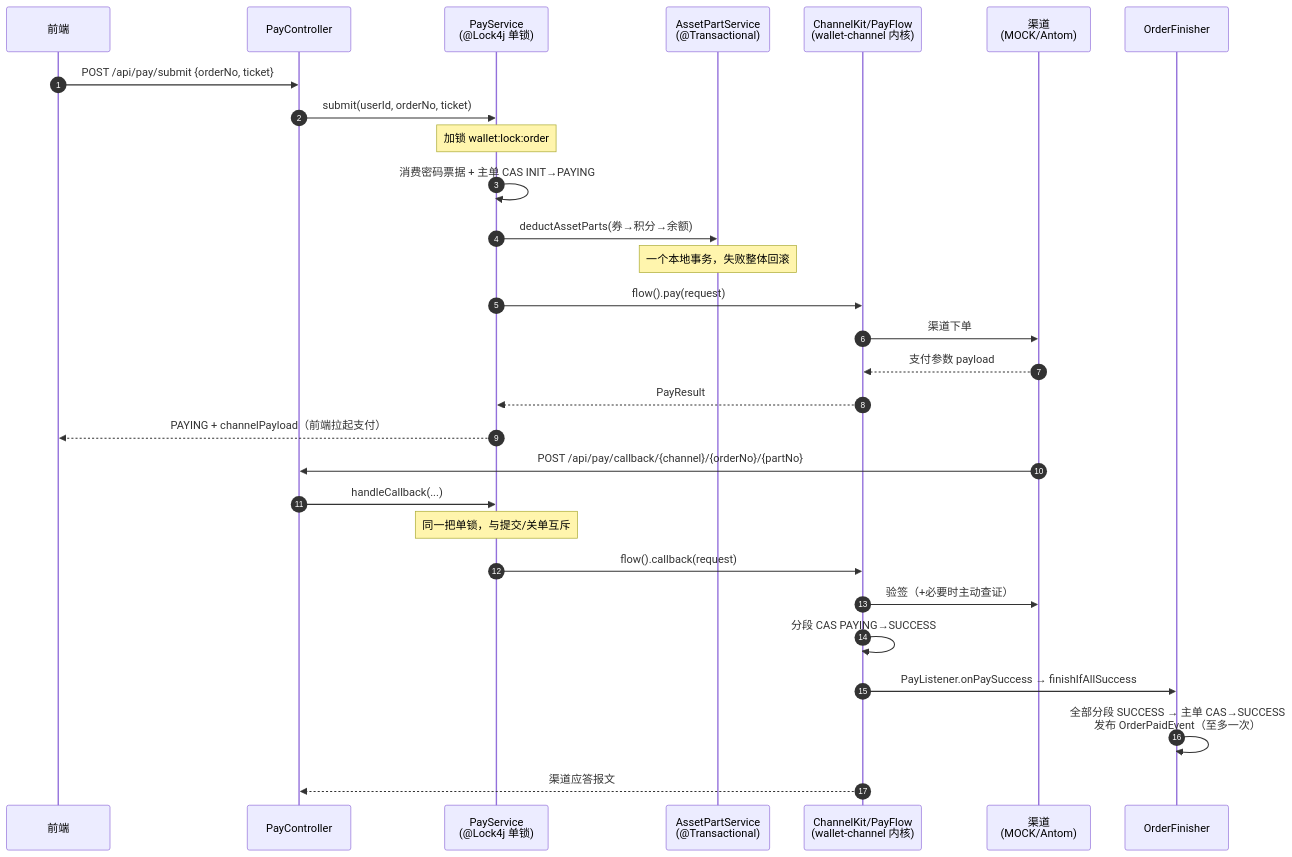
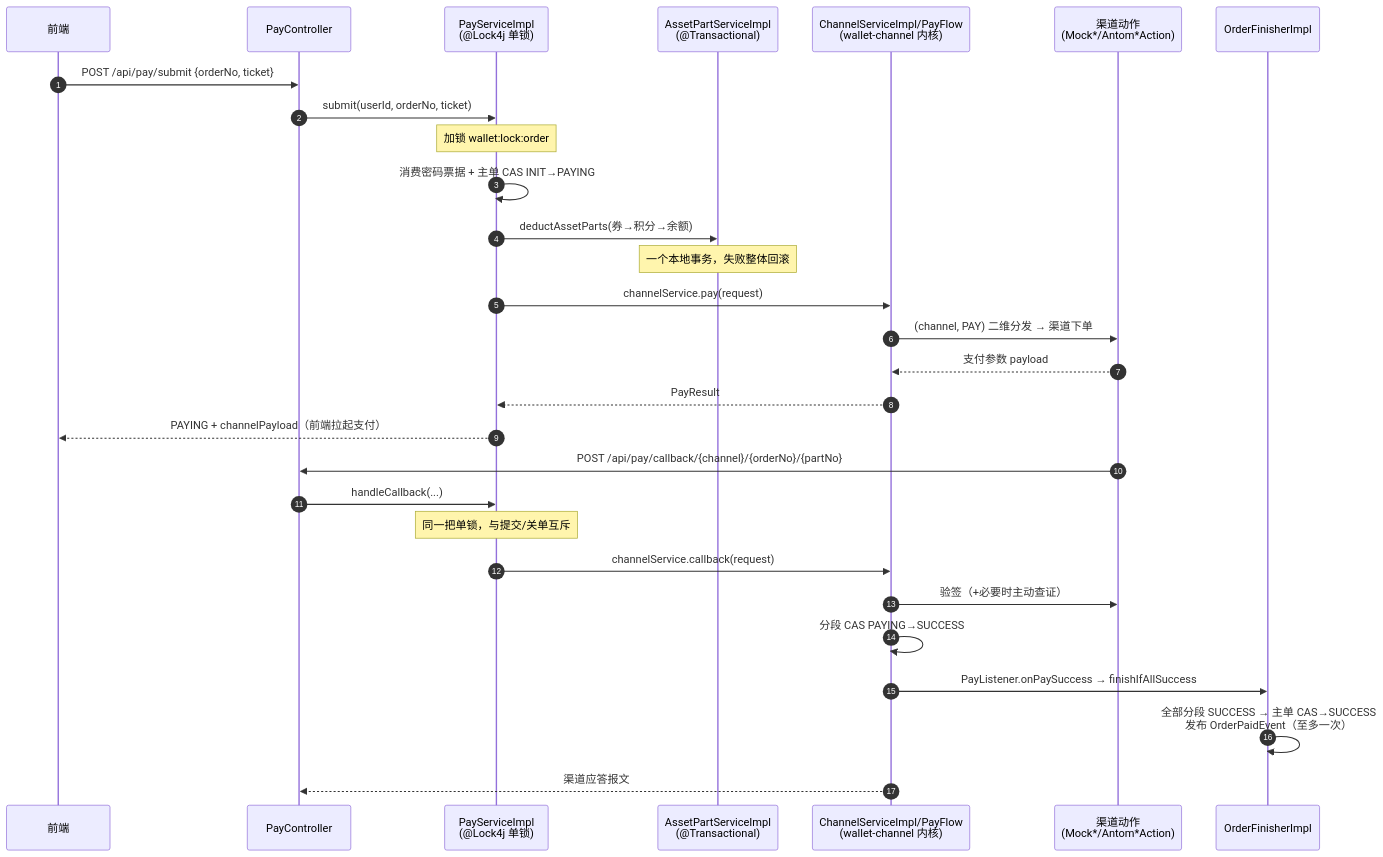
One commit to WLJDSG/wallet changed the second of 5 diagrams in README.md. Above: the diagram before and after it, drawn with Mermaid. The commit also changed other lines of this file and 187 other files, not shown here.

````diff
--- a/README.md
+++ b/README.md
@@ -245,33 +304,33 @@
 ```mermaid
 sequenceDiagram
     autonumber
     participant U as 前端
     participant PC as PayController
-    participant PS as PayService<br/>(@Lock4j 单锁)
-    participant AS as AssetPartService<br/>(@Transactional)
-    participant K as ChannelKit/PayFlow<br/>(wallet-channel 内核)
-    participant CH as 渠道<br/>(MOCK/Antom)
-    participant OF as OrderFinisher
+    participant PS as PayServiceImpl<br/>(@Lock4j 单锁)
+    participant AS as AssetPartServiceImpl<br/>(@Transactional)
+    participant K as ChannelServiceImpl/PayFlow<br/>(wallet-channel 内核)
+    participant CH as 渠道动作<br/>(Mock*/Antom*Action)
+    participant OF as OrderFinisherImpl
 
     U->>PC: POST /api/pay/submit {orderNo, ticket}
     PC->>PS: submit(userId, orderNo, ticket)
     Note over PS: 加锁 wallet:lock:order#orderNo
     PS->>PS: 消费密码票据 + 主单 CAS INIT→PAYING
     PS->>AS: deductAssetParts(券→积分→余额)
     Note over AS: 一个本地事务，失败整体回滚
-    PS->>K: flow().pay(request)
-    K->>CH: 渠道下单
+    PS->>K: channelService.pay(request)
+    K->>CH: (channel, PAY) 二维分发 → 渠道下单
     CH-->>K: 支付参数 payload
     K-->>PS: PayResult
     PS-->>U: PAYING + channelPayload（前端拉起支付）
 
     CH->>PC: POST /api/pay/callback/{channel}/{orderNo}/{partNo}
     PC->>PS: handleCallback(...)
     Note over PS: 同一把单锁，与提交/关单互斥
-    PS->>K: flow().callback(request)
+    PS->>K: channelService.callback(request)
     K->>CH: 验签（+必要时主动查证）
     K->>K: 分段 CAS PAYING→SUCCESS
     K->>OF: PayListener.onPaySuccess → finishIfAllSuccess
     OF->>OF: 全部分段 SUCCESS → 主单 CAS→SUCCESS<br/>发布 OrderPaidEvent（至多一次）
     K-->>PC: 渠道应答报文
 ```
````
